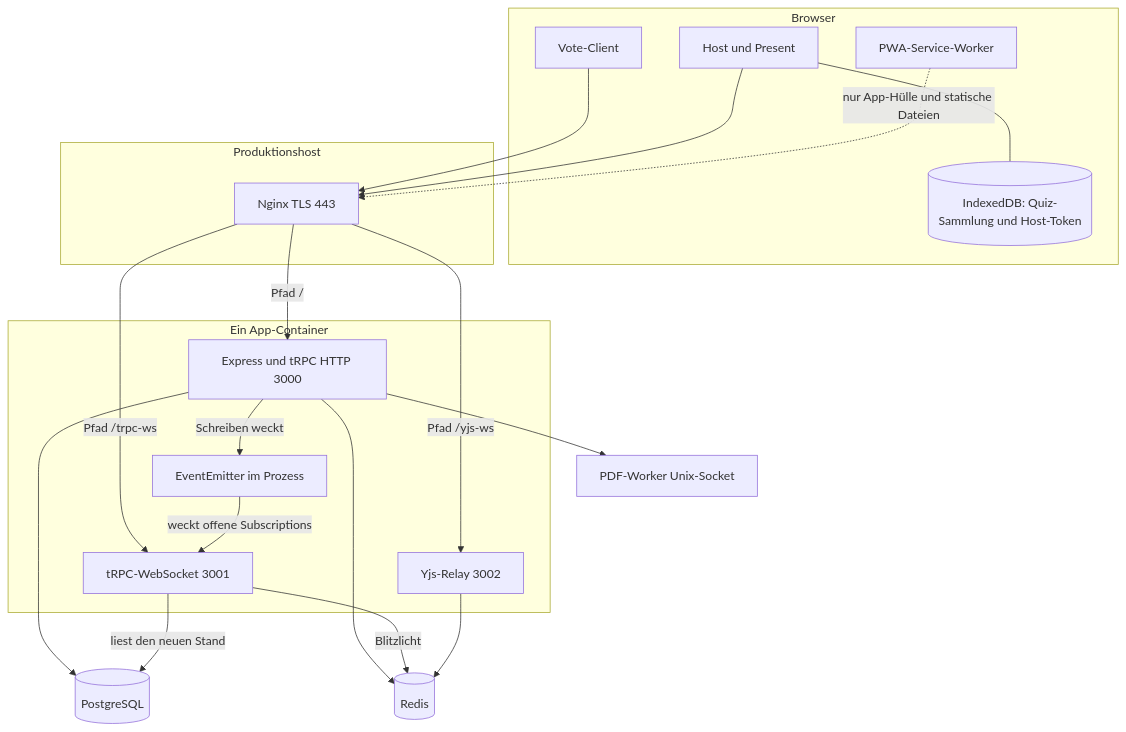
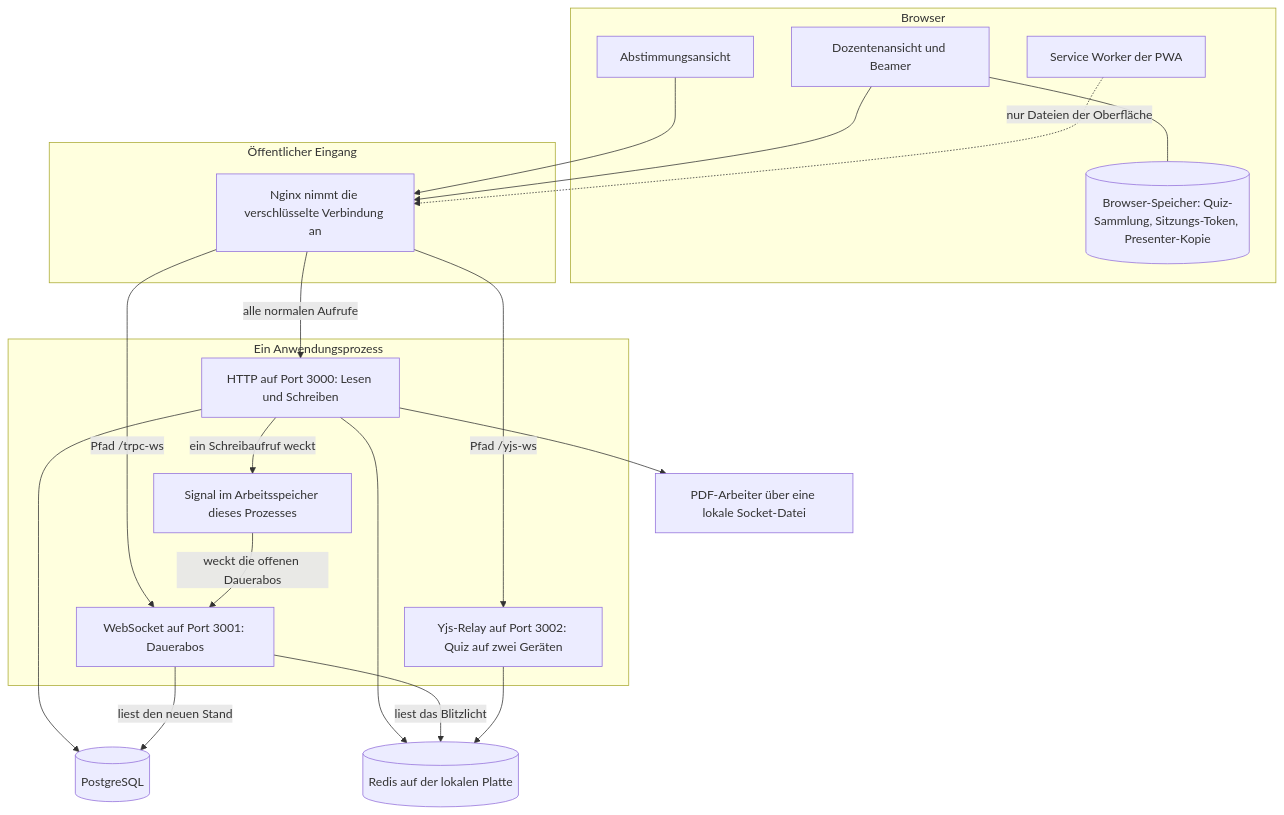
Before and after one commit to jonasyr/arsnova.eu: the first of 4 diagrams in docs/diagrams/netzwerkplan.md, drawn with Mermaid. The commit also changed other lines of this file and 1 other file, not shown here.

````diff
--- a/docs/diagrams/netzwerkplan.md
+++ b/docs/diagrams/netzwerkplan.md
@@ -19,42 +66,42 @@
 ```mermaid
 flowchart TB
   subgraph browser [Browser]
-    vote[Vote-Client]
-    host[Host und Present]
-    sw[PWA-Service-Worker]
-    idb[("IndexedDB: Quiz-Sammlung und Host-Token")]
+    vote[Abstimmungsansicht]
+    host[Dozentenansicht und Beamer]
+    sw[Service Worker der PWA]
+    local[("Browser-Speicher: Quiz-Sammlung, Sitzungs-Token, Presenter-Kopie")]
   end
 
-  subgraph edge [Produktionshost]
-    nginx[Nginx TLS 443]
+  subgraph edge [Öffentlicher Eingang]
+    nginx[Nginx nimmt die verschlüsselte Verbindung an]
   end
 
-  subgraph app [Ein App-Container]
-    http[Express und tRPC HTTP 3000]
-    ws[tRPC-WebSocket 3001]
-    yjs[Yjs-Relay 3002]
-    signal[EventEmitter im Prozess]
+  subgraph app [Ein Anwendungsprozess]
+    http[HTTP auf Port 3000: Lesen und Schreiben]
+    ws[WebSocket auf Port 3001: Dauerabos]
+    yjs[Yjs-Relay auf Port 3002: Quiz auf zwei Geräten]
+    signal[Signal im Arbeitsspeicher dieses Prozesses]
   end
 
   pg[(PostgreSQL)]
-  redis[(Redis)]
-  pdf[PDF-Worker Unix-Socket]
+  redis[("Redis auf der lokalen Platte")]
+  pdf[PDF-Arbeiter über eine lokale Socket-Datei]
 
   vote --> nginx
   host --> nginx
-  host --- idb
-  sw -.->|nur App-Hülle und statische Dateien| nginx
+  host --- local
+  sw -.->|nur Dateien der Oberfläche| nginx
 
-  nginx -->|Pfad /| http
+  nginx -->|alle normalen Aufrufe| http
   nginx -->|Pfad /trpc-ws| ws
   nginx -->|Pfad /yjs-ws| yjs
 
   http --> pg
   http --> redis
   http --> pdf
-  http -->|Schreiben weckt| signal
-  signal -->|weckt offene Subscriptions| ws
+  http -->|ein Schreibaufruf weckt| signal
+  signal -->|weckt die offenen Dauerabos| ws
   ws -->|liest den neuen Stand| pg
-  ws -->|Blitzlicht| redis
+  ws -->|liest das Blitzlicht| redis
   yjs --> redis
 ```
````
